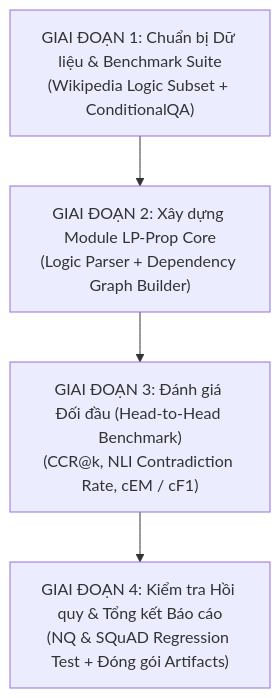
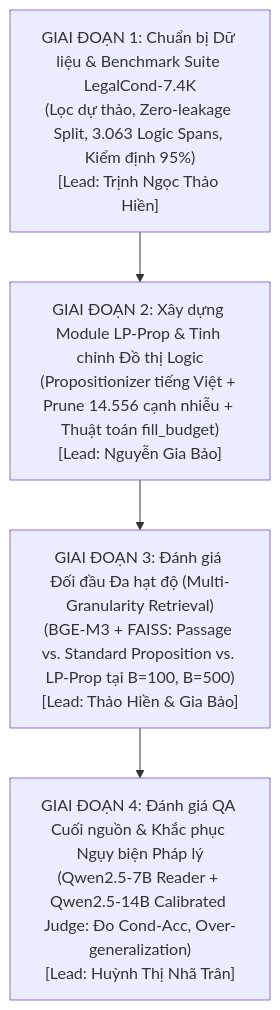
Before and after one commit to huynhthinhatran/dense-x-retrieval-replication: the diagram in 02_improvement_lp_prop_vn/docs/LP_Prop_Experimental_Plan.md, drawn with Mermaid. The commit also changed other lines of this file, not shown here.

Commit message:
docs(plan): update LP_Prop_Experimental_Plan.md to reflect LegalCond-7.4K Vietnamese legal pipeline

````diff
--- a/02_improvement_lp_prop_vn/docs/LP_Prop_Experimental_Plan.md
+++ b/02_improvement_lp_prop_vn/docs/LP_Prop_Experimental_Plan.md
@@ -11,6 +14,6 @@
 ```mermaid
 flowchart TD
-    P1["GIAI ĐOẠN 1: Chuẩn bị Dữ liệu & Benchmark Suite\n(Wikipedia Logic Subset + ConditionalQA)"] --> P2["GIAI ĐOẠN 2: Xây dựng Module LP-Prop Core\n(Logic Parser + Dependency Graph Builder)"]
-    P2 --> P3["GIAI ĐOẠN 3: Đánh giá Đối đầu (Head-to-Head Benchmark)\n(CCR@k, NLI Contradiction Rate, cEM / cF1)"]
-    P3 --> P4["GIAI ĐOẠN 4: Kiểm tra Hồi quy & Tổng kết Báo cáo\n(NQ & SQuAD Regression Test + Đóng gói Artifacts)"]
+    P1["GIAI ĐOẠN 1: Chuẩn bị Dữ liệu & Benchmark Suite LegalCond-7.4K\n(Lọc dự thảo, Zero-leakage Split, 3.063 Logic Spans, Kiểm định 95%)\n[Lead: Trịnh Ngọc Thảo Hiền]"] --> P2["GIAI ĐOẠN 2: Xây dựng Module LP-Prop & Tinh chỉnh Đồ thị Logic\n(Propositionizer tiếng Việt + Prune 14.556 cạnh nhiễu + Thuật toán fill_budget)\n[Lead: Nguyễn Gia Bảo]"]
+    P2 --> P3["GIAI ĐOẠN 3: Đánh giá Đối đầu Đa hạt độ (Multi-Granularity Retrieval)\n(BGE-M3 + FAISS: Passage vs. Standard Proposition vs. LP-Prop tại B=100, B=500)\n[Lead: Thảo Hiền & Gia Bảo]"]
+    P3 --> P4["GIAI ĐOẠN 4: Đánh giá QA Cuối nguồn & Khắc phục Ngụy biện Pháp lý\n(Qwen2.5-7B Reader + Qwen2.5-14B Calibrated Judge: Đo Cond-Acc, Over-generalization)\n[Lead: Huỳnh Thị Nhã Trân]"]
 ```
````
